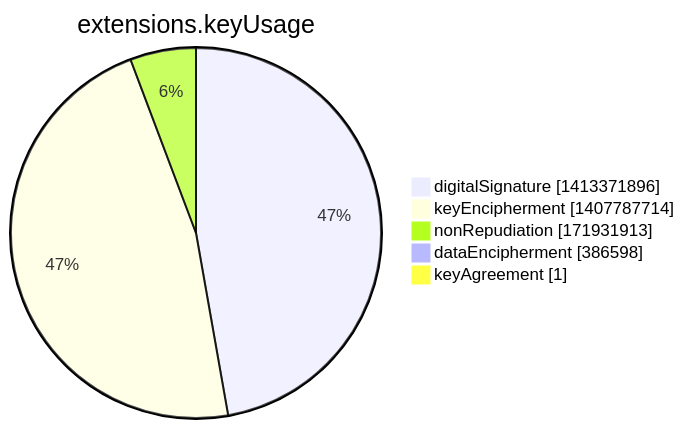
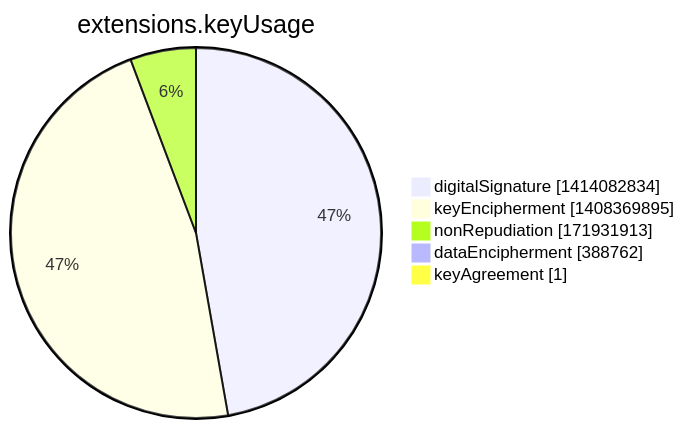
Before and after one commit to christiankrug/ctmonitor_visualization: the seventh of 15 diagrams in argon2022/README.md, drawn with Mermaid. The commit also changed other lines of this file, not shown here.

````diff
--- a/argon2022/README.md
+++ b/argon2022/README.md
@@ -2751,9 +2751,9 @@
 ```mermaid
 pie showData
 title extensions.keyUsage
-"digitalSignature" :1413371896
-"keyEncipherment" :1407787714
+"digitalSignature" :1414082834
+"keyEncipherment" :1408369895
 "nonRepudiation" :171931913
-"dataEncipherment" :386598
+"dataEncipherment" :388762
 "keyAgreement" :1
 ```
````
